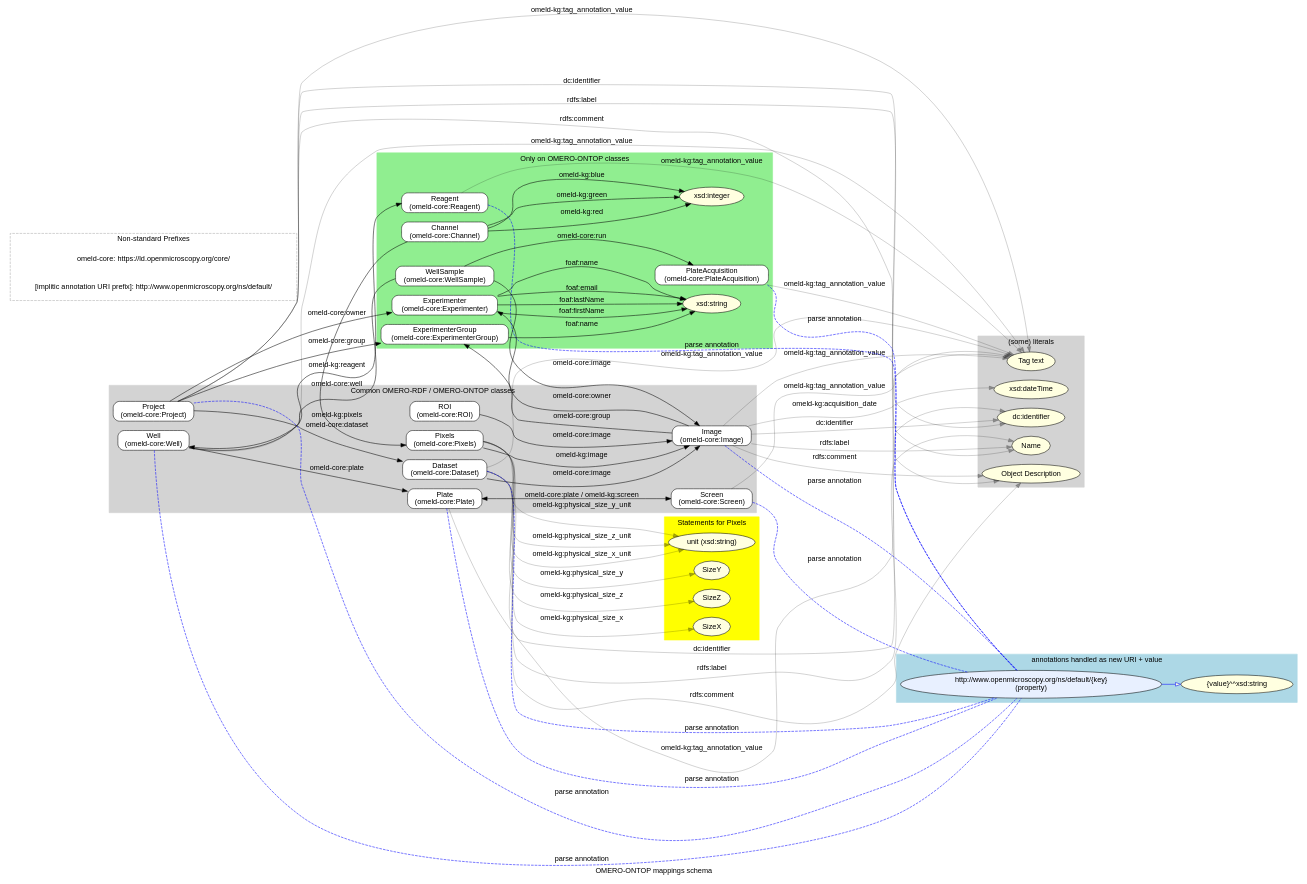
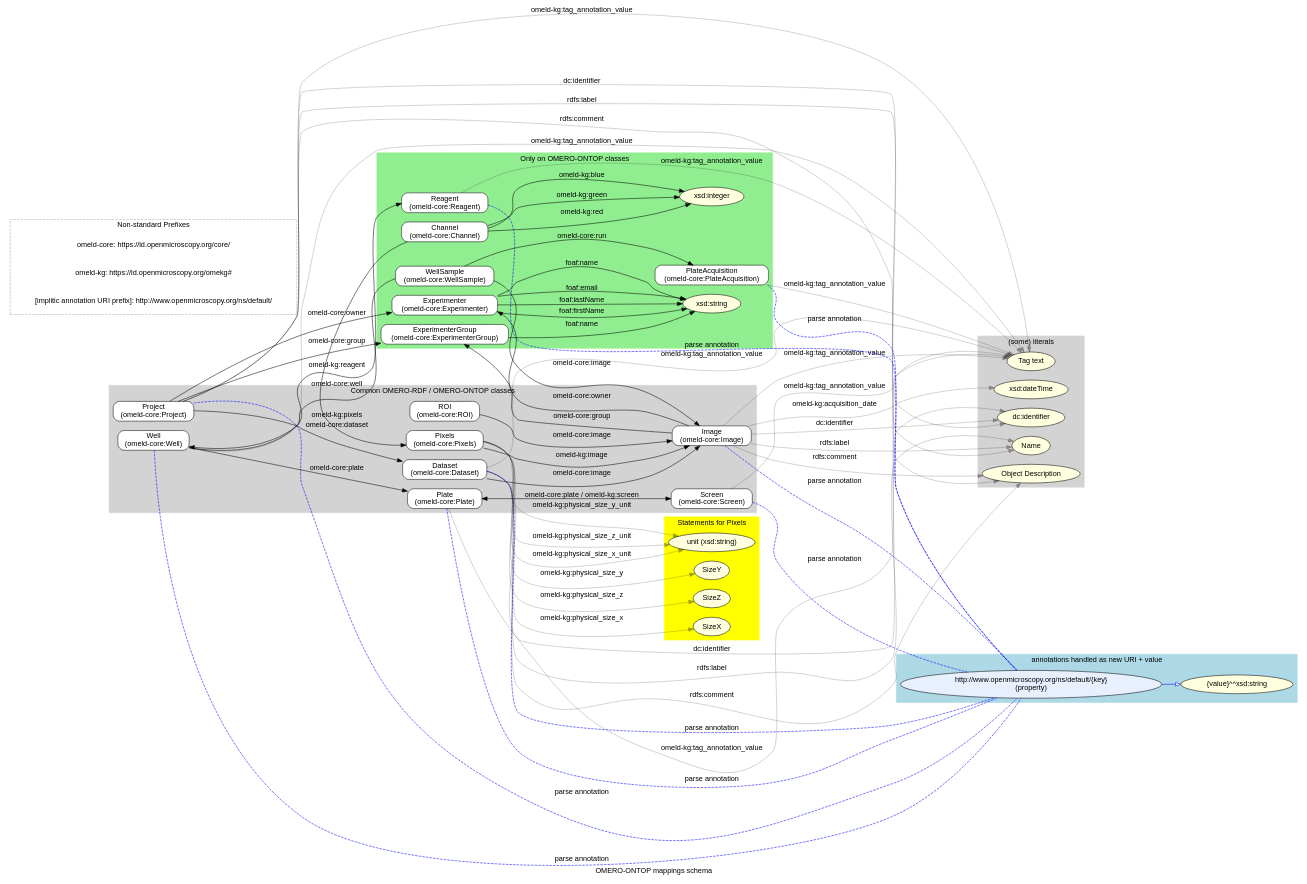
The diagram in omero-ontop-graphviz.dot (lubianat/omero-ontop-to-rdf-comparisons), drawn with Graphviz before and after one commit. The commit also changed 1 other file, not shown here.

Commit message:
updated png for graphviz schemas

```diff
--- a/omero-ontop-graphviz.dot
+++ b/omero-ontop-graphviz.dot
@@ -200,6 +200,6 @@
         
         pref3 [shape = plaintext;label = "omeld-core: https://ld.openmicroscopy.org/core/";];
         pref4 [shape = plaintext;label = "omeld-kg: https://ld.openmicroscopy.org/omekg#";];
-        pref4 [shape = plaintext;label = "[implitic annotation URI prefix]: http://www.openmicroscopy.org/ns/default/";];
+        pref5 [shape = plaintext;label = "[implitic annotation URI prefix]: http://www.openmicroscopy.org/ns/default/";];
     }
 }
```
